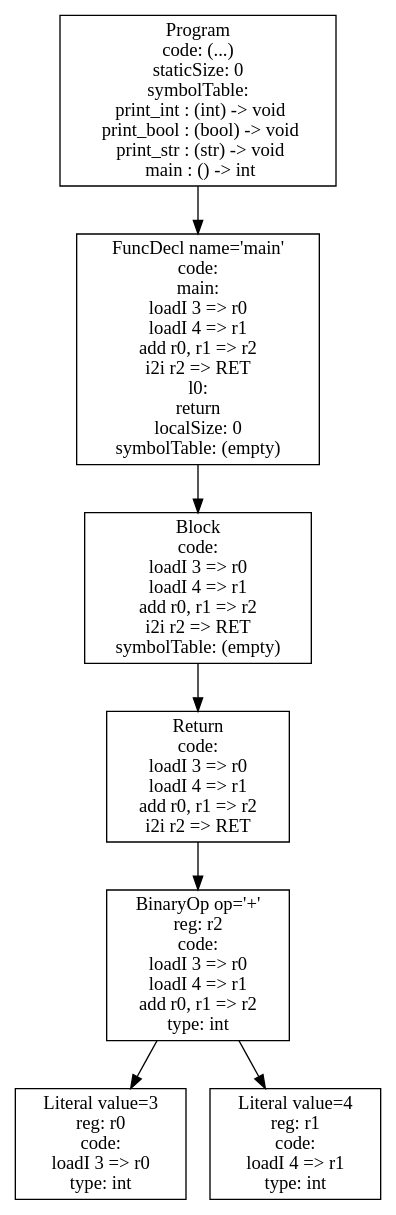
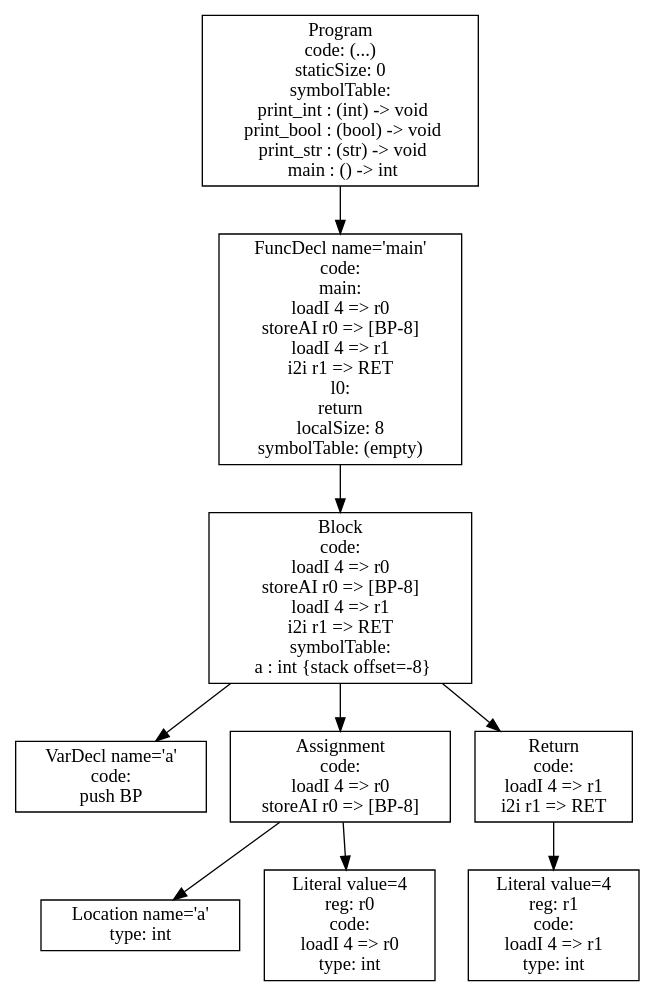
The diagram in ast.dot (ecila1011/P4), drawn with Graphviz before and after one commit. The commit also changed 10 other files, not shown here.

```diff
--- a/ast.dot
+++ b/ast.dot
@@ -1,15 +1,19 @@
 digraph AST {
-5 [shape=box, label="Literal value=3\nreg: r0\ncode: \nloadI 3 => r0\ntype: int"];
-6 [shape=box, label="Literal value=4\nreg: r1\ncode: \nloadI 4 => r1\ntype: int"];
-4 [shape=box, label="BinaryOp op='+'\nreg: r2\ncode: \nloadI 3 => r0\nloadI 4 => r1\nadd r0, r1 => r2\ntype: int"];
+3 [shape=box, label="VarDecl name='a'\ncode: \npush BP"];
+5 [shape=box, label="Location name='a'\ntype: int"];
+6 [shape=box, label="Literal value=4\nreg: r0\ncode: \nloadI 4 => r0\ntype: int"];
+4 [shape=box, label="Assignment\ncode: \nloadI 4 => r0\nstoreAI r0 => [BP-8]"];
 4 -> 5;
 4 -> 6;
-3 [shape=box, label="Return\ncode: \nloadI 3 => r0\nloadI 4 => r1\nadd r0, r1 => r2\ni2i r2 => RET"];
-3 -> 4;
-2 [shape=box, label="Block\ncode: \nloadI 3 => r0\nloadI 4 => r1\nadd r0, r1 => r2\ni2i r2 => RET\nsymbolTable: (empty)"];
+8 [shape=box, label="Literal value=4\nreg: r1\ncode: \nloadI 4 => r1\ntype: int"];
+7 [shape=box, label="Return\ncode: \nloadI 4 => r1\ni2i r1 => RET"];
+7 -> 8;
+2 [shape=box, label="Block\ncode: \nloadI 4 => r0\nstoreAI r0 => [BP-8]\nloadI 4 => r1\ni2i r1 => RET\nsymbolTable: \n  a : int {stack offset=-8}"];
 2 -> 3;
-1 [shape=box, label="FuncDecl name='main'\ncode: \nmain:\nloadI 3 => r0\nloadI 4 => r1\nadd r0, r1 => r2\ni2i r2 => RET\nl0:\nreturn\nlocalSize: 0\nsymbolTable: (empty)"];
+2 -> 4;
+2 -> 7;
+1 [shape=box, label="FuncDecl name='main'\ncode: \nmain:\nloadI 4 => r0\nstoreAI r0 => [BP-8]\nloadI 4 => r1\ni2i r1 => RET\nl0:\nreturn\nlocalSize: 8\nsymbolTable: (empty)"];
 1 -> 2;
 0 [shape=box, label="Program\ncode: (...)\nstaticSize: 0\nsymbolTable: \n  print_int : (int) -> void\n  print_bool : (bool) -> void\n  print_str : (str) -> void\n  main : () -> int"];
 0 -> 1;
 }
```
